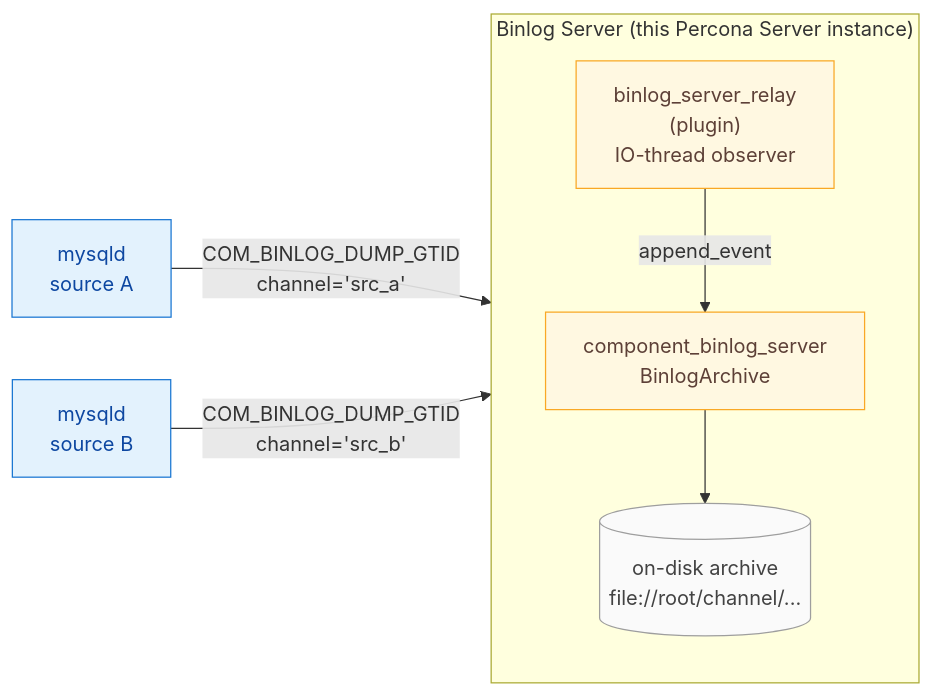
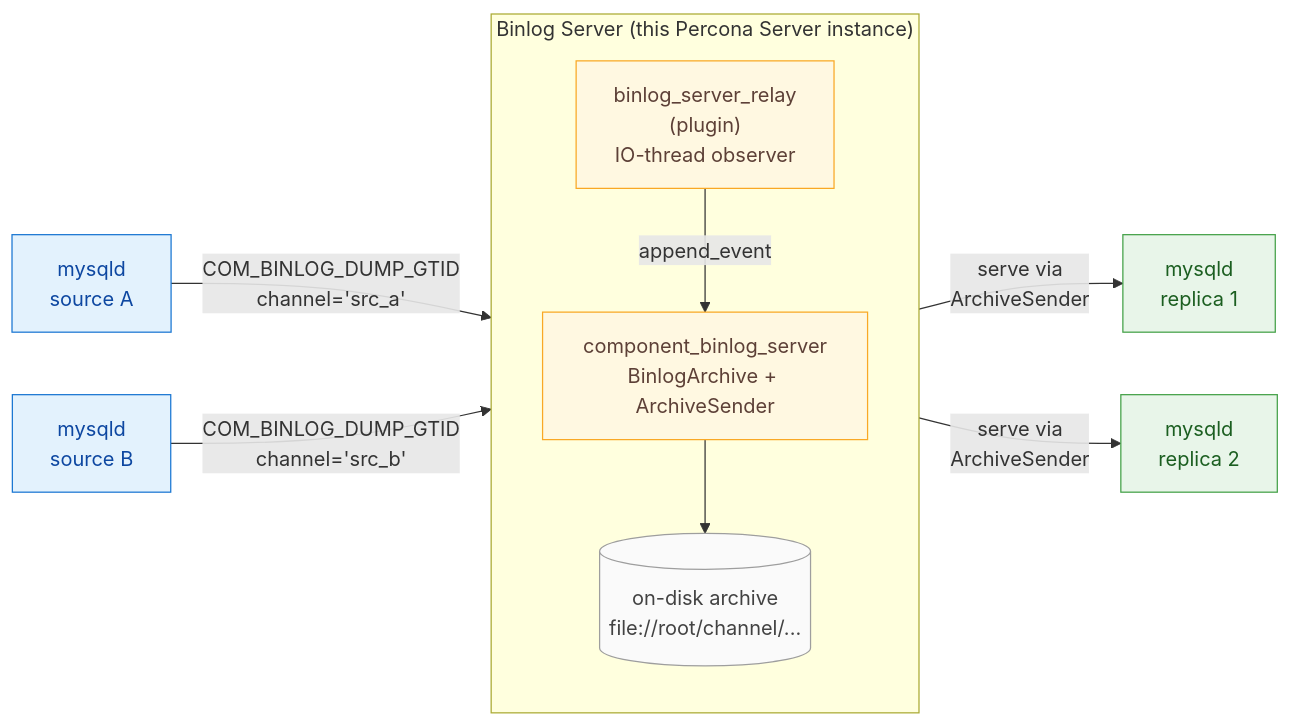
The diagram in components/binlog_server/doc/md/index.md (kamil-holubicki/percona-server), drawn with Mermaid before and after one commit. The commit also changed other lines of this file and 38 other files, not shown here.

````diff
--- a/components/binlog_server/doc/md/index.md
+++ b/components/binlog_server/doc/md/index.md
@@ -13,22 +14,28 @@
 ```mermaid
 flowchart LR
     classDef src fill:#e3f2fd,stroke:#1976d2,color:#0d47a1
     classDef hub fill:#fff8e1,stroke:#f9a825,color:#5d4037
     classDef disk fill:#fafafa,stroke:#9e9e9e,color:#424242
+    classDef rep fill:#e8f5e9,stroke:#43a047,color:#1b5e20
 
     SRC1["mysqld<br/>source A"]:::src
     SRC2["mysqld<br/>source B"]:::src
 
     subgraph Hub["Binlog Server (this Percona Server instance)"]
         direction TB
         REL["binlog_server_relay<br/>(plugin)<br/>IO-thread observer"]:::hub
-        STO["component_binlog_server<br/>BinlogArchive"]:::hub
+        STO["component_binlog_server<br/>BinlogArchive + ArchiveSender"]:::hub
         DISK[("on-disk archive<br/>file://root/channel/...")]:::disk
 
         REL -- "append_event" --> STO
         STO --> DISK
     end
 
+    REP1["mysqld<br/>replica 1"]:::rep
+    REP2["mysqld<br/>replica 2"]:::rep
+
     SRC1 -- "COM_BINLOG_DUMP_GTID<br/>channel='src_a'" --> REL
     SRC2 -- "COM_BINLOG_DUMP_GTID<br/>channel='src_b'" --> REL
+    DISK -- "serve via<br/>ArchiveSender" --> REP1
+    DISK -- "serve via<br/>ArchiveSender" --> REP2
 ```
````
